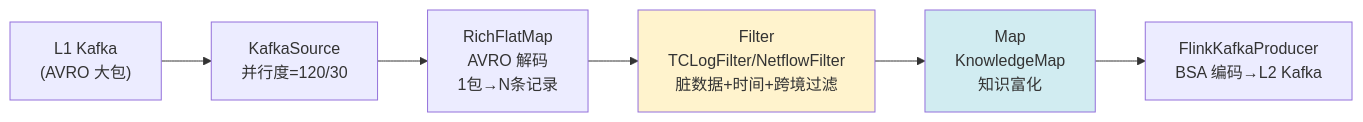
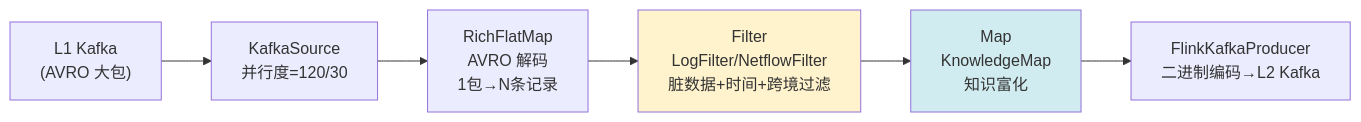
Before and after one commit to zhubaoxiang/wiki: the first of 3 diagrams in flink/flink-data-skew-analysis.md, drawn with Mermaid. The commit also changed other lines of this file and 1 other file, not shown here.

````diff
--- a/flink/flink-data-skew-analysis.md
+++ b/flink/flink-data-skew-analysis.md
@@ -42,10 +42,10 @@
 ```mermaid
 graph LR
     A["L1 Kafka<br/>(AVRO 大包)"] --> B["KafkaSource<br/>并行度=120/30"]
     B --> C["RichFlatMap<br/>AVRO 解码<br/>1包→N条记录"]
-    C --> D["Filter<br/>TCLogFilter/NetflowFilter<br/>脏数据+时间+跨境过滤"]
+    C --> D["Filter<br/>LogFilter/NetflowFilter<br/>脏数据+时间+跨境过滤"]
     D --> E["Map<br/>KnowledgeMap<br/>知识富化"]
-    E --> F["FlinkKafkaProducer<br/>BSA 编码→L2 Kafka"]
+    E --> F["FlinkKafkaProducer<br/>二进制编码→L2 Kafka"]
     style D fill:#fff3cd
     style E fill:#d1ecf1
 ```
````
